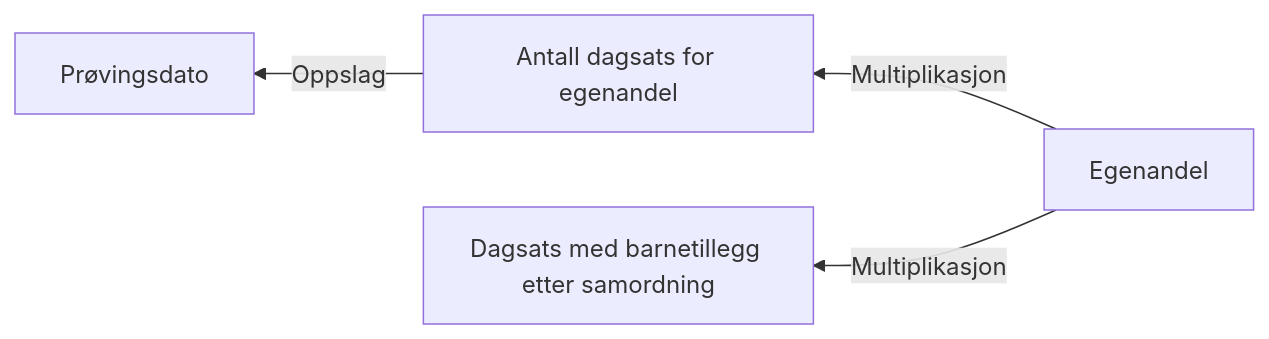
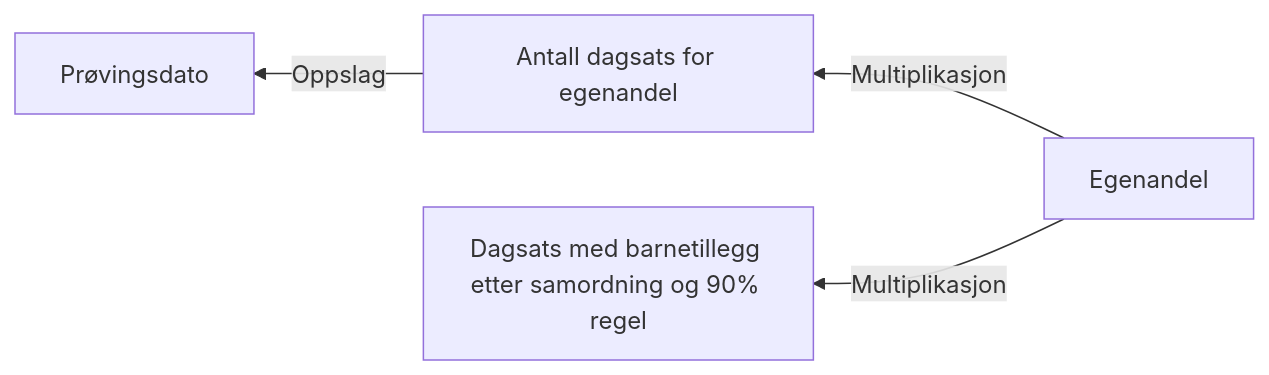
Before and after one commit to navikt/dp-vedtak: the diagram in docs/regler/§ 4-9. Egenandel.approved.md, drawn with Mermaid. The commit also changed 15 other files, not shown here.

First line of the commit message:
Avkort mot 90% uten barnetillegg før samordning

````diff
--- a/docs/regler/§ 4-9. Egenandel.approved.md
+++ b/docs/regler/§ 4-9. Egenandel.approved.md
@@ -5,6 +5,6 @@
 ```mermaid
 graph RL
   A["Antall dagsats for egenandel"] -->|"Oppslag"| B["Prøvingsdato"]
-  C["Egenandel"] -->|"Multiplikasjon"| D["Dagsats med barnetillegg etter samordning"]
+  C["Egenandel"] -->|"Multiplikasjon"| D["Dagsats med barnetillegg etter samordning og 90% regel"]
   C["Egenandel"] -->|"Multiplikasjon"| A["Antall dagsats for egenandel"]
 ```
````
